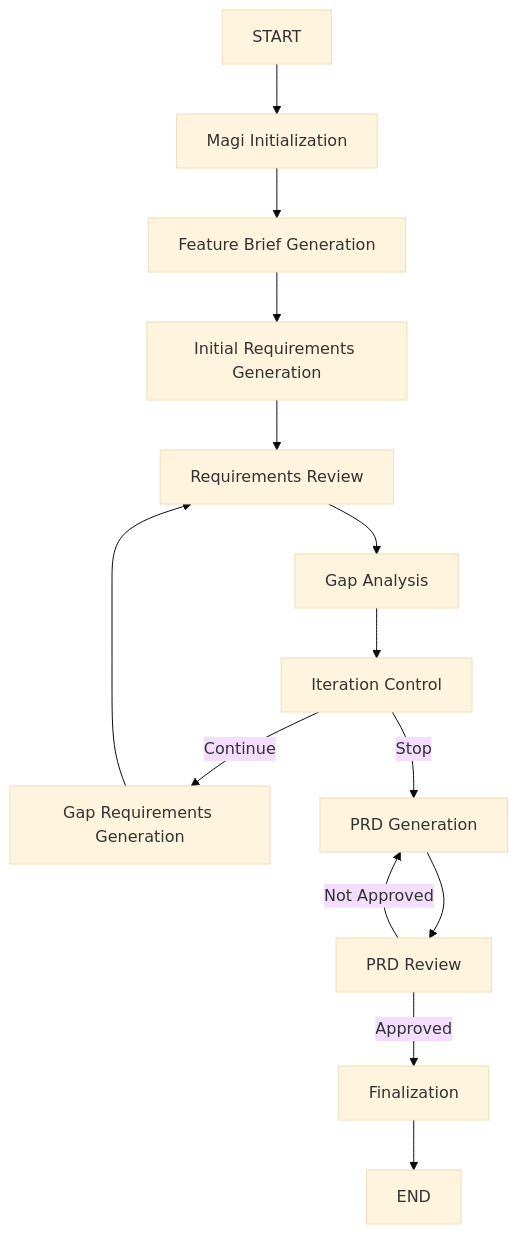
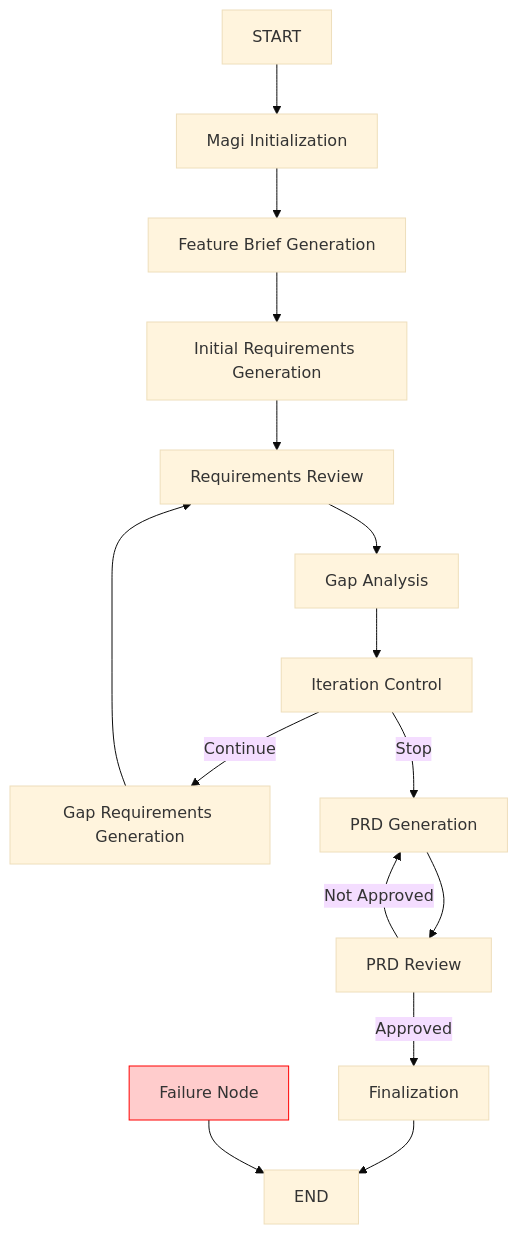
Before and after one commit to forcedotcom/mobile-mcp-tools: the diagram in docs/8_prd_workflow_architecture.md, drawn with Mermaid (base theme). The commit also changed other lines of this file, not shown here.

Commit message:
Failure node

````diff
--- a/docs/8_prd_workflow_architecture.md
+++ b/docs/8_prd_workflow_architecture.md
@@ -33,22 +33,26 @@
 ```mermaid
 graph TD
     Start[START] --> Init[Magi Initialization]
     Init --> FB[Feature Brief Generation]
     FB --> IR[Initial Requirements Generation]
     IR --> RR[Requirements Review]
     RR --> GA[Gap Analysis]
     
     GA --> IC[Iteration Control]
     
     IC -->|Continue| GR[Gap Requirements Generation]
     IC -->|Stop| PG[PRD Generation]
     
     GR --> RR
     
     PG --> PR[PRD Review]
     
     PR -->|Approved| F[Finalization]
     PR -->|Not Approved| PG
     
     F --> End[END]
+    
+    Error[Failure Node] --> End
+    
+    style Error fill:#ffcccc,stroke:#ff0000
 ```
````
